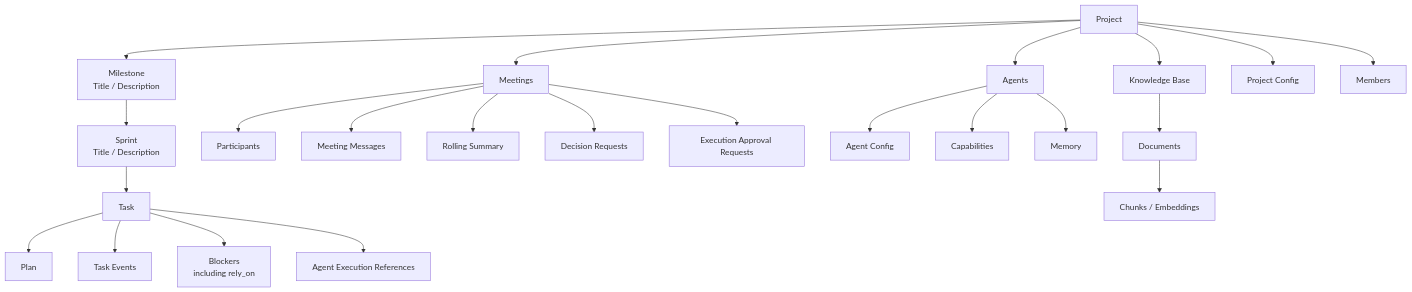
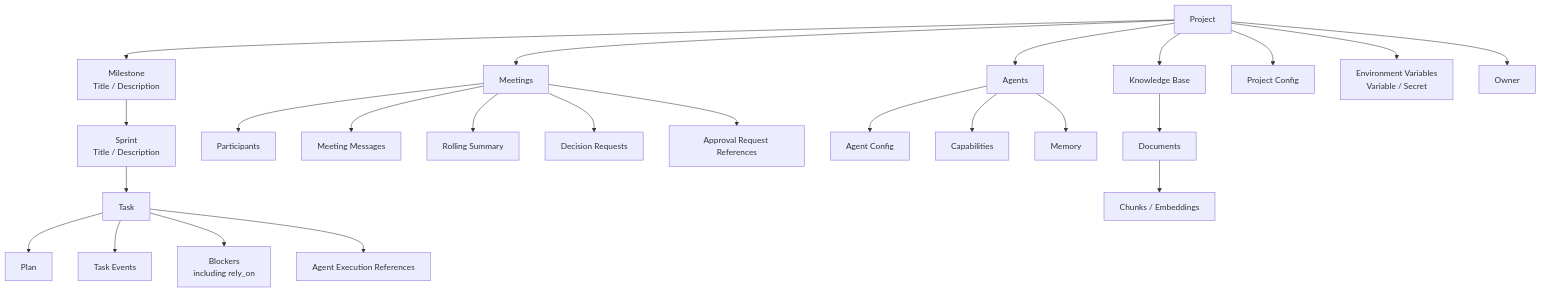
One commit to LunaDeerTech/agenteam changed the first of 3 diagrams in docs/architecture/project-work-management.md. Above: the diagram before and after it, drawn with Mermaid. The commit also changed other lines of this file and 17 other files, not shown here.

Commit message:
docs: refine architecture and governance design

````diff
--- a/docs/architecture/project-work-management.md
+++ b/docs/architecture/project-work-management.md
@@ -23,32 +23,33 @@
 ```mermaid
 flowchart TB
     Project["Project"]
 
     Project --> Milestone["Milestone<br/>Title / Description"]
     Milestone --> Sprint["Sprint<br/>Title / Description"]
     Sprint --> Task["Task"]
 
     Project --> Agent["Agents"]
     Project --> Meeting["Meetings"]
     Project --> KB["Knowledge Base"]
     Project --> Config["Project Config"]
-    Project --> Members["Members"]
+    Project --> EnvVars["Environment Variables<br/>Variable / Secret"]
+    Project --> Owner["Owner"]
 
     Task --> Plan["Plan"]
     Task --> Events["Task Events"]
     Task --> Blockers["Blockers<br/>including rely_on"]
     Task --> AgentExecutions["Agent Execution References"]
 
     Meeting --> Participants["Participants"]
     Meeting --> Messages["Meeting Messages"]
     Meeting --> Summary["Rolling Summary"]
     Meeting --> DecisionReq["Decision Requests"]
-    Meeting --> ExecApproval["Execution Approval Requests"]
+    Meeting --> ApprovalRefs["Approval Request References"]
 
     Agent --> AgentConfig["Agent Config"]
     Agent --> Capability["Capabilities"]
     Agent --> Memory["Memory"]
 
     KB --> Documents["Documents"]
     Documents --> Chunks["Chunks / Embeddings"]
 ```
````
